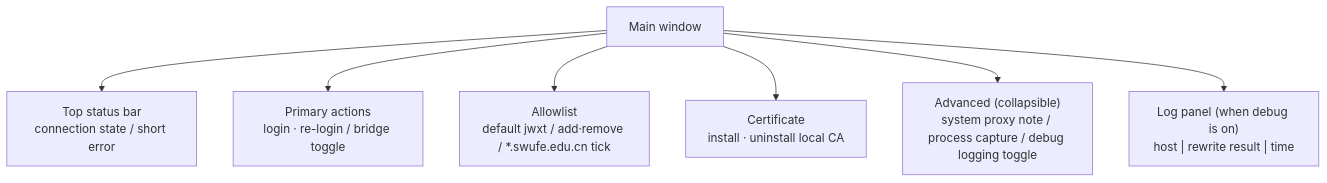
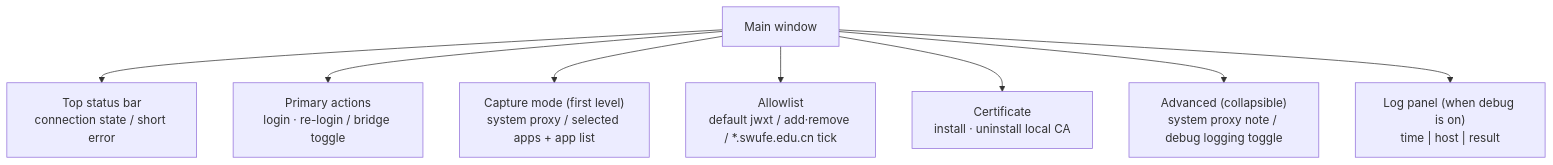
Before and after one commit to cherrchen/swufe-webvpn-codec: the diagram in docs/ui-ux/main-window.en.md, drawn with Mermaid. The commit also changed other lines of this file and 34 other files, not shown here.

````diff
--- a/docs/ui-ux/main-window.en.md
+++ b/docs/ui-ux/main-window.en.md
@@ -17,9 +17,10 @@
 ```mermaid
 flowchart TD
     W["Main window"] --> S["Top status bar<br/>connection state / short error"]
     W --> M["Primary actions<br/>login · re-login / bridge toggle"]
+    W --> CM["Capture mode (first level)<br/>system proxy / selected apps + app list"]
     W --> A["Allowlist<br/>default jwxt / add·remove / *.swufe.edu.cn tick"]
     W --> C["Certificate<br/>install · uninstall local CA"]
-    W --> D["Advanced (collapsible)<br/>system proxy note / process capture / debug logging toggle"]
-    W --> L["Log panel (when debug is on)<br/>host | rewrite result | time"]
+    W --> D["Advanced (collapsible)<br/>system proxy note / debug logging toggle"]
+    W --> L["Log panel (when debug is on)<br/>time | host | result"]
 ```
````
